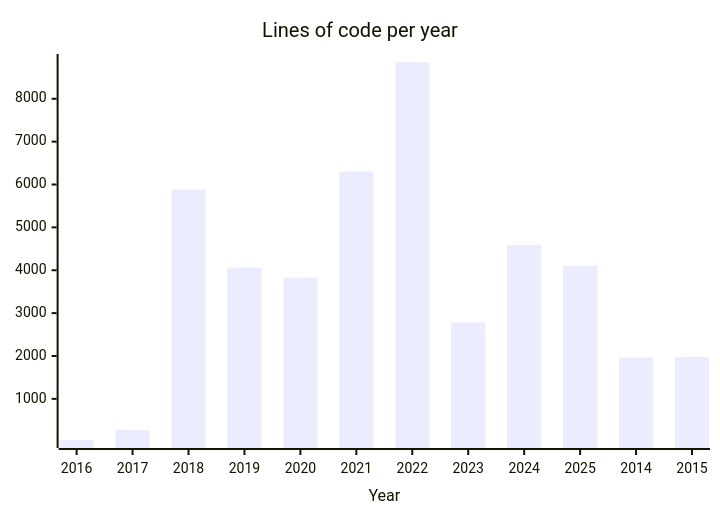
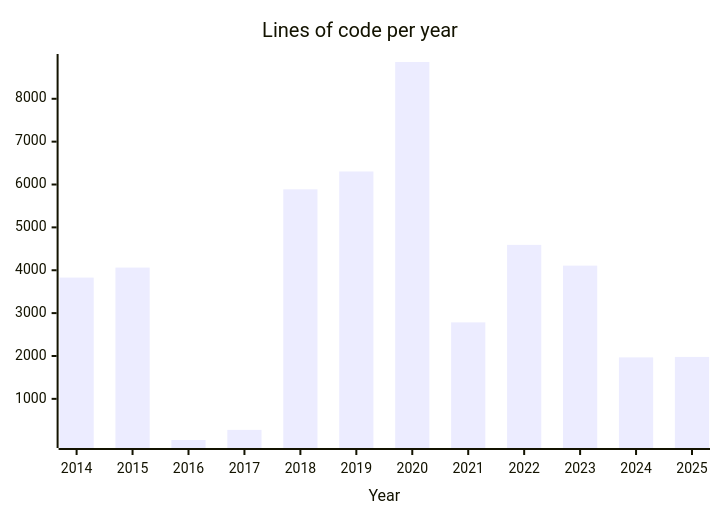
One commit to engdan77/engdan77 changed the diagram in README.md. Above: the diagram before and after it, drawn with Mermaid. The commit also changed other lines of this file and 2 other files, not shown here.

Commit message:
Update project version, README, and dependencies
- Bump version in `pyproject.toml` to `2025.7.4`.
- Update README with latest project statistics and dynamic content.
- Upgrade `count-code-lines` dependency to `0.0.8`.

````diff
--- a/README.md
+++ b/README.md
@@ -40,6 +40,6 @@
 ```mermaid
 xychart-beta
       title "Lines of code per year"
-      x-axis "Year" [2016, 2017, 2018, 2019, 2020, 2021, 2022, 2023, 2024, 2025, 2014, 2015]
-      bar "engdan77" [40, 276, 5888, 4062, 3829, 6304, 8858, 2784, 4592, 4108, 1966, 1978]
+      x-axis "Year" [2014, 2015, 2016, 2017, 2018, 2019, 2020, 2021, 2022, 2023, 2024, 2025]
+      bar "engdan77" [3829, 4062, 40, 276, 5888, 6304, 8858, 2784, 4592, 4108, 1967, 1978]
 ```
````
